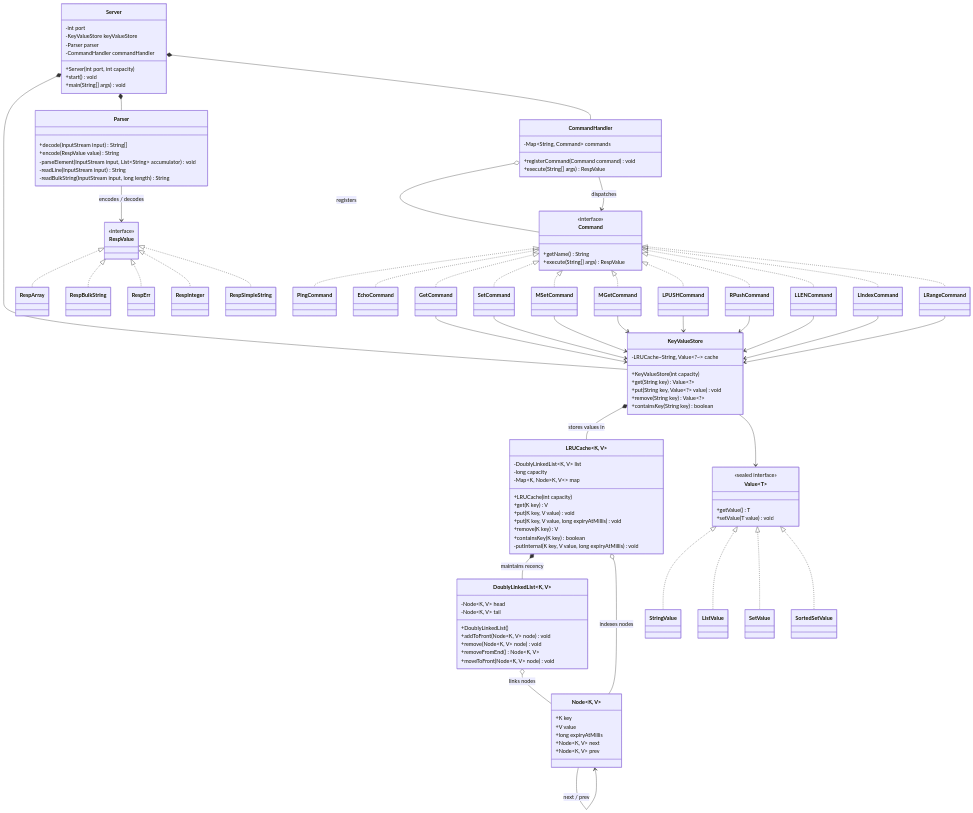
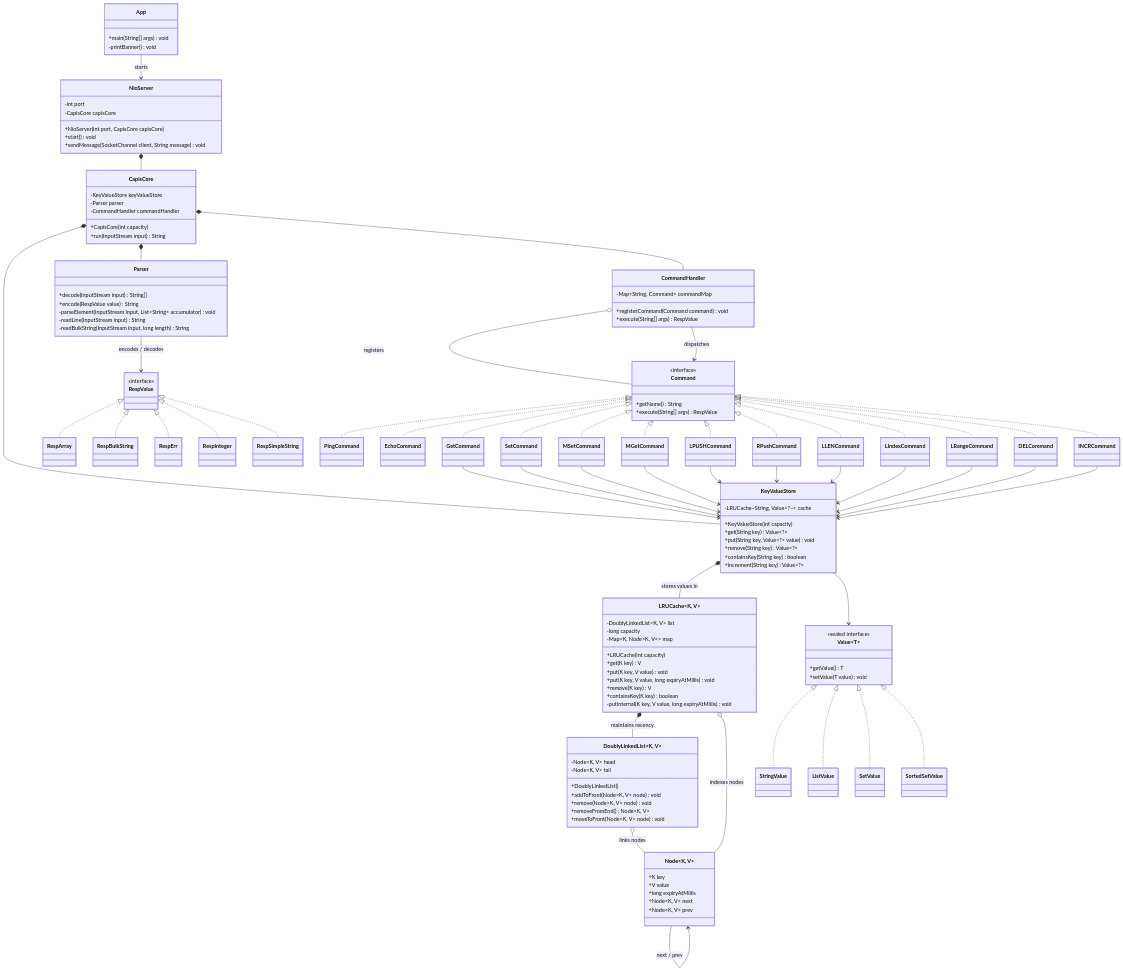
Before and after one commit to MrD0511/capis: the diagram in README.md, drawn with Mermaid. The commit also changed 15 other files, not shown here.

Commit message:
Added a few set and list commands, also added nio server for non blocking io and single threading.

````diff
--- a/README.md
+++ b/README.md
@@ -58,13 +58,24 @@
 ```mermaid
 classDiagram
-	class Server {
+	class App {
+		+main(String[] args) void
+		-printBanner() void
+	}
+
+	class NioServer {
 		-int port
+		-CapisCore capisCore
+		+NioServer(int port, CapisCore capisCore)
+		+start() void
+		+sendMessage(SocketChannel client, String message) void
+	}
+
+	class CapisCore {
 		-KeyValueStore keyValueStore
 		-Parser parser
 		-CommandHandler commandHandler
-		+Server(int port, int capacity)
-		+start() void
-		+main(String[] args) void
+		+CapisCore(int capacity)
+		+run(InputStream input) String
 	}
 
 	class Parser {
@@ -76,7 +87,7 @@
 	}
 
 	class CommandHandler {
-		-Map~String, Command~ commands
+		-Map~String, Command~ commandMap
 		+registerCommand(Command command) void
 		+execute(String[] args) RespValue
 	}
@@ -98,6 +109,8 @@
 	class LLENCommand
 	class LIndexCommand
 	class LRangeCommand
+	class DELCommand
+	class INCRCommand
 
 	class KeyValueStore {
 		-LRUCache~String, Value~?~~ cache
@@ -106,6 +119,7 @@
 		+put(String key, Value~?~ value) void
 		+remove(String key) Value~?~
 		+containsKey(String key) boolean
+		+increment(String key) Value~?~
 	}
 
 	class LRUCache~K, V~ {
@@ -160,9 +174,11 @@
 	class RespInteger
 	class RespSimpleString
 
-	Server *-- KeyValueStore
-	Server *-- Parser
-	Server *-- CommandHandler
+	App --> NioServer : starts
+	NioServer *-- CapisCore
+	CapisCore *-- KeyValueStore
+	CapisCore *-- Parser
+	CapisCore *-- CommandHandler
 	CommandHandler o-- Command : registers
 	CommandHandler --> Command : dispatches
 	Command <|.. PingCommand
@@ -176,6 +192,8 @@
 	Command <|.. LLENCommand
 	Command <|.. LIndexCommand
 	Command <|.. LRangeCommand
+	Command <|.. DELCommand
+	Command <|.. INCRCommand
 	GetCommand --> KeyValueStore
 	SetCommand --> KeyValueStore
 	MSetCommand --> KeyValueStore
@@ -185,6 +203,8 @@
 	LLENCommand --> KeyValueStore
 	LIndexCommand --> KeyValueStore
 	LRangeCommand --> KeyValueStore
+	DELCommand --> KeyValueStore
+	INCRCommand --> KeyValueStore
 	Parser --> RespValue : encodes / decodes
 	KeyValueStore *-- LRUCache : stores values in
 	LRUCache *-- DoublyLinkedList : maintains recency
````
